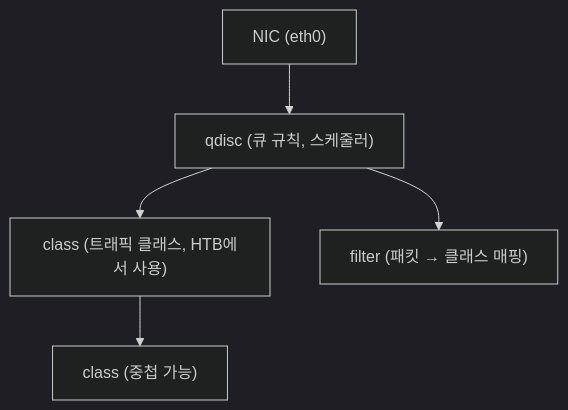
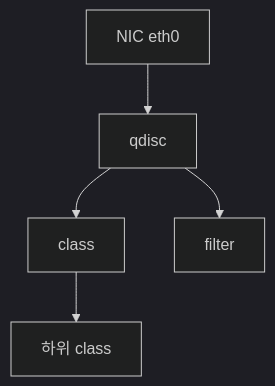
The third of 3 diagrams in content/linux/network-basics/iproute2.md (moonblueblue/devops-wiki), drawn with Mermaid (dark theme) before and after one commit. The commit also changed other lines of this file and 37 other files, not shown here.

First line of the commit message:
style: linux 카테고리 ASCII 도표·Mermaid 라벨 형식 교정

````diff
--- a/content/linux/network-basics/iproute2.md
+++ b/content/linux/network-basics/iproute2.md
@@ -664,8 +670,8 @@
 ```mermaid
 graph TD
-    NIC["NIC (eth0)"]
-    --> QDISC["qdisc (큐 규칙, 스케줄러)"]
-    QDISC --> CLASS["class (트래픽 클래스, HTB에서 사용)"]
-    CLASS --> SUBCLASS["class (중첩 가능)"]
-    QDISC --> FILTER["filter (패킷 → 클래스 매핑)"]
+    NIC["NIC eth0"]
+    --> QDISC["qdisc"]
+    QDISC --> CLASS["class"]
+    CLASS --> SUBCLASS["하위 class"]
+    QDISC --> FILTER["filter"]
 ```
````
